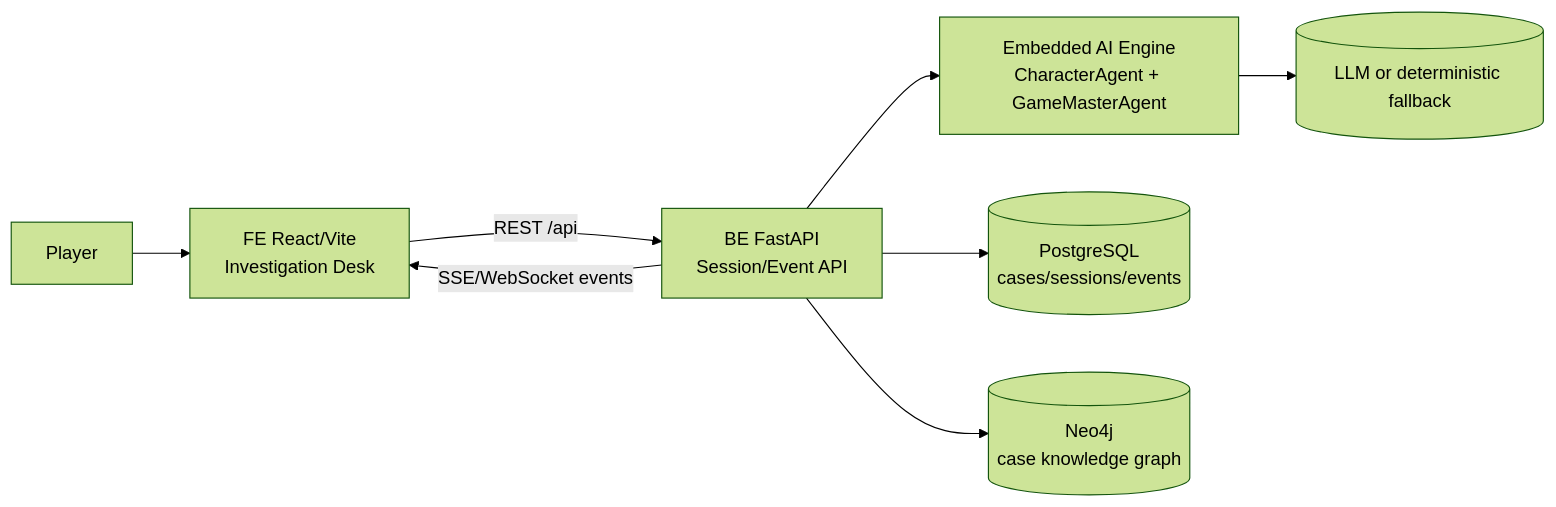
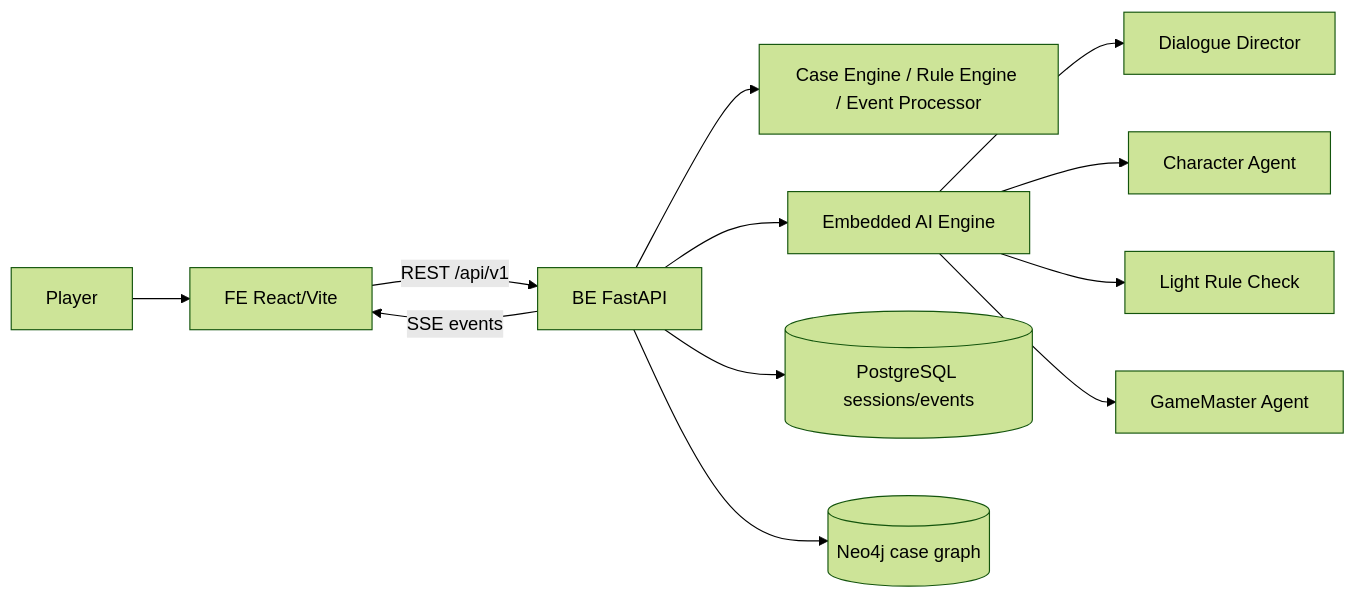
One commit to LeeSwallow/asm-team08-ai-study changed the diagram in README.md. Above: the diagram before and after it, drawn with Mermaid (forest theme). The commit also changed other lines of this file, not shown here.

````diff
--- a/README.md
+++ b/README.md
@@ -15,10 +35,15 @@
 ```mermaid
 flowchart LR
-  User[Player] --> FE[FE React/Vite<br/>Investigation Desk]
-  FE -->|REST /api| BE[BE FastAPI<br/>Session/Event API]
-  BE --> AIEngine[Embedded AI Engine<br/>CharacterAgent + GameMasterAgent]
-  BE --> Postgres[(PostgreSQL<br/>cases/sessions/events)]
-  BE --> Neo4j[(Neo4j<br/>case knowledge graph)]
-  AIEngine --> LLM[(LLM or deterministic fallback)]
-  BE -->|SSE/WebSocket events| FE
+  Player[Player] --> FE[FE React/Vite]
+  FE -->|REST /api/v1| BE[BE FastAPI]
+  BE --> Domain[Case Engine / Rule Engine / Event Processor]
+  BE --> AI[Embedded AI Engine]
+  BE --> PG[(PostgreSQL sessions/events)]
+  BE --> NEO[(Neo4j case graph)]
+  BE -->|SSE events| FE
+
+  AI --> Director[Dialogue Director]
+  AI --> Character[Character Agent]
+  AI --> Check[Light Rule Check]
+  AI --> GM[GameMaster Agent]
 ```
````
